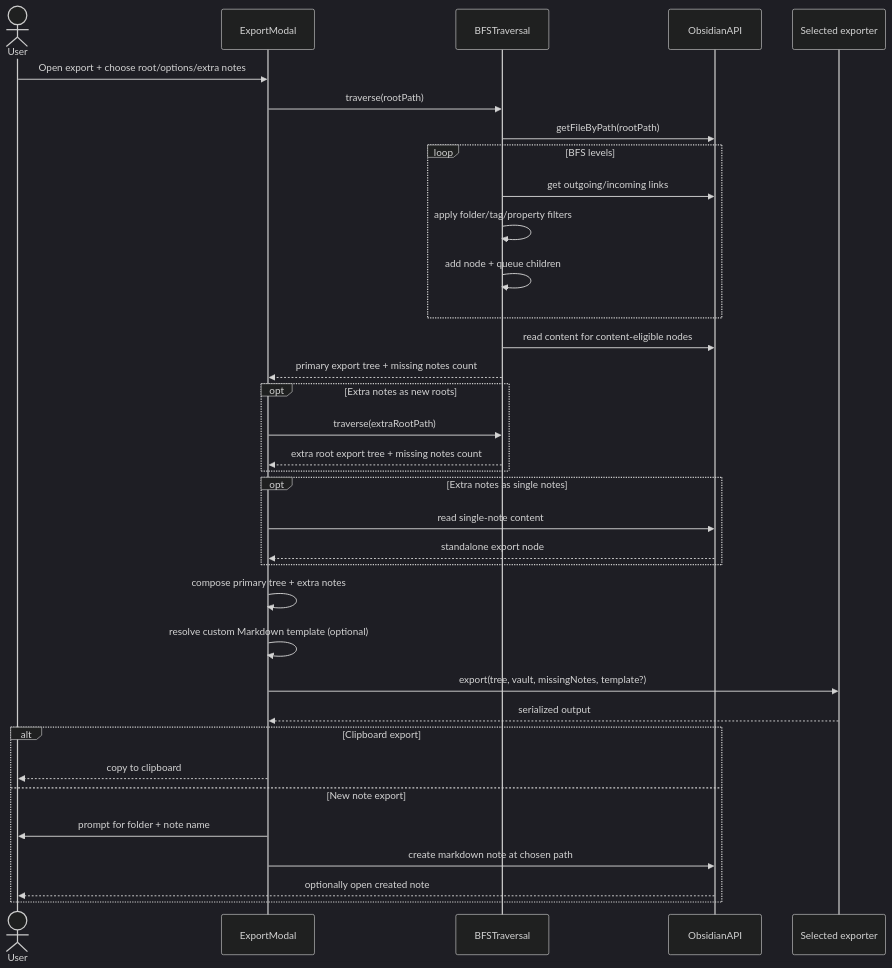
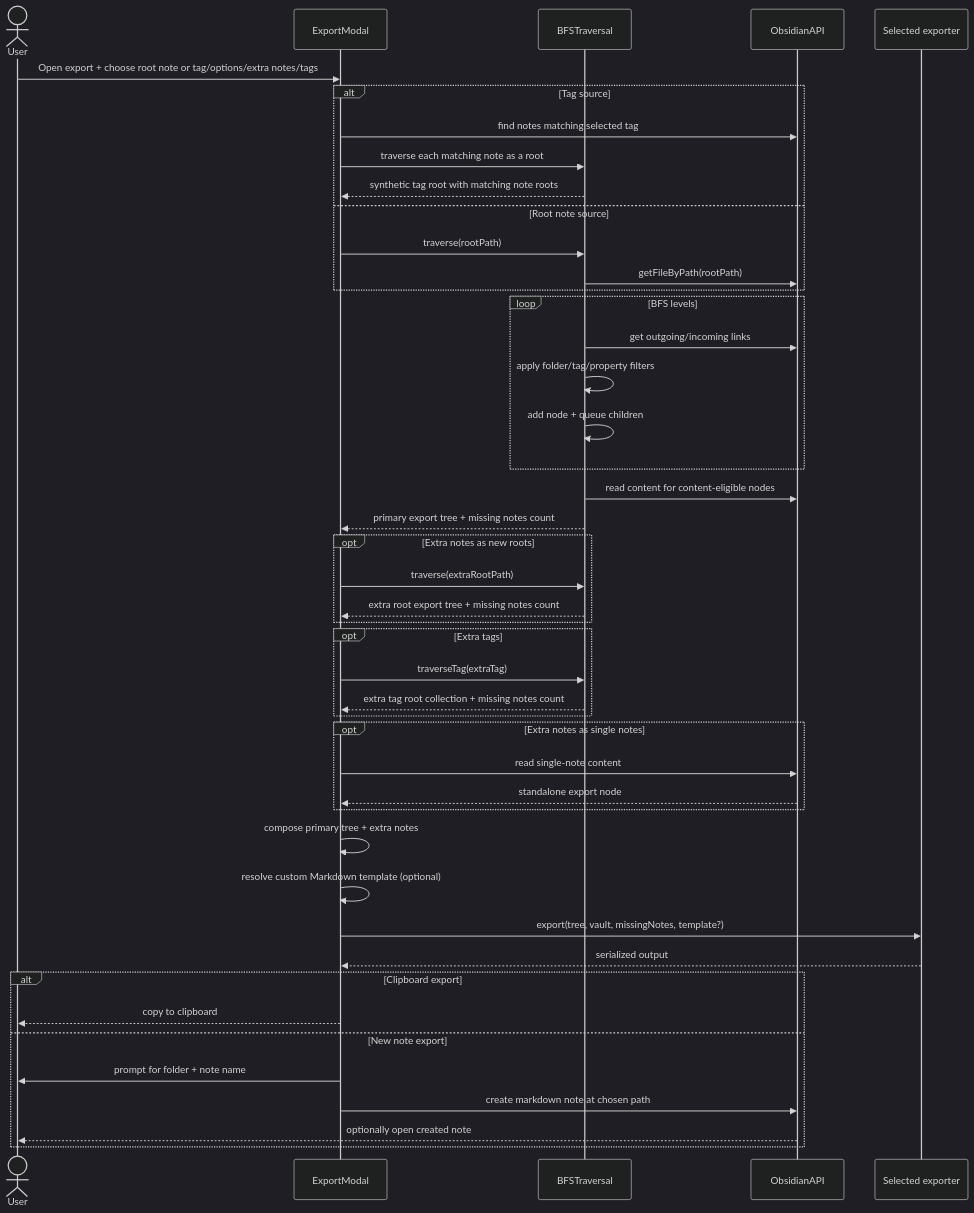
One commit to LittleHaku/obsidian-smart-export changed the first of 3 diagrams in docs/export-architecture.md. Above: the diagram before and after it, drawn with Mermaid (dark theme). The commit also changed other lines of this file and 17 other files, not shown here.

First line of the commit message:
Tags as root note (#94)

````diff
--- a/docs/export-architecture.md
+++ b/docs/export-architecture.md
@@ -23,38 +23,48 @@
 ```mermaid
 sequenceDiagram
     actor User
     participant Modal as ExportModal
     participant Traversal as BFSTraversal
     participant API as ObsidianAPI
     participant Exporter as Selected exporter
 
-    User->>Modal: Open export + choose root/options/extra notes
-    Modal->>Traversal: traverse(rootPath)
-    Traversal->>API: getFileByPath(rootPath)
+    User->>Modal: Open export + choose root note or tag/options/extra notes/tags
+    alt Tag source
+        Modal->>API: find notes matching selected tag
+        Modal->>Traversal: traverse each matching note as a root
+        Traversal-->>Modal: synthetic tag root with matching note roots
+    else Root note source
+        Modal->>Traversal: traverse(rootPath)
+        Traversal->>API: getFileByPath(rootPath)
+    end
     loop BFS levels
         Traversal->>API: get outgoing/incoming links
         Traversal->>Traversal: apply folder/tag/property filters
         Traversal->>Traversal: add node + queue children
     end
     Traversal->>API: read content for content-eligible nodes
     Traversal-->>Modal: primary export tree + missing notes count
     opt Extra notes as new roots
         Modal->>Traversal: traverse(extraRootPath)
         Traversal-->>Modal: extra root export tree + missing notes count
+    end
+    opt Extra tags
+        Modal->>Traversal: traverseTag(extraTag)
+        Traversal-->>Modal: extra tag root collection + missing notes count
     end
     opt Extra notes as single notes
         Modal->>API: read single-note content
         API-->>Modal: standalone export node
     end
     Modal->>Modal: compose primary tree + extra notes
     Modal->>Modal: resolve custom Markdown template (optional)
     Modal->>Exporter: export(tree, vault, missingNotes, template?)
     Exporter-->>Modal: serialized output
     alt Clipboard export
         Modal-->>User: copy to clipboard
     else New note export
         Modal->>User: prompt for folder + note name
         Modal->>API: create markdown note at chosen path
         API-->>User: optionally open created note
     end
 ```
````
